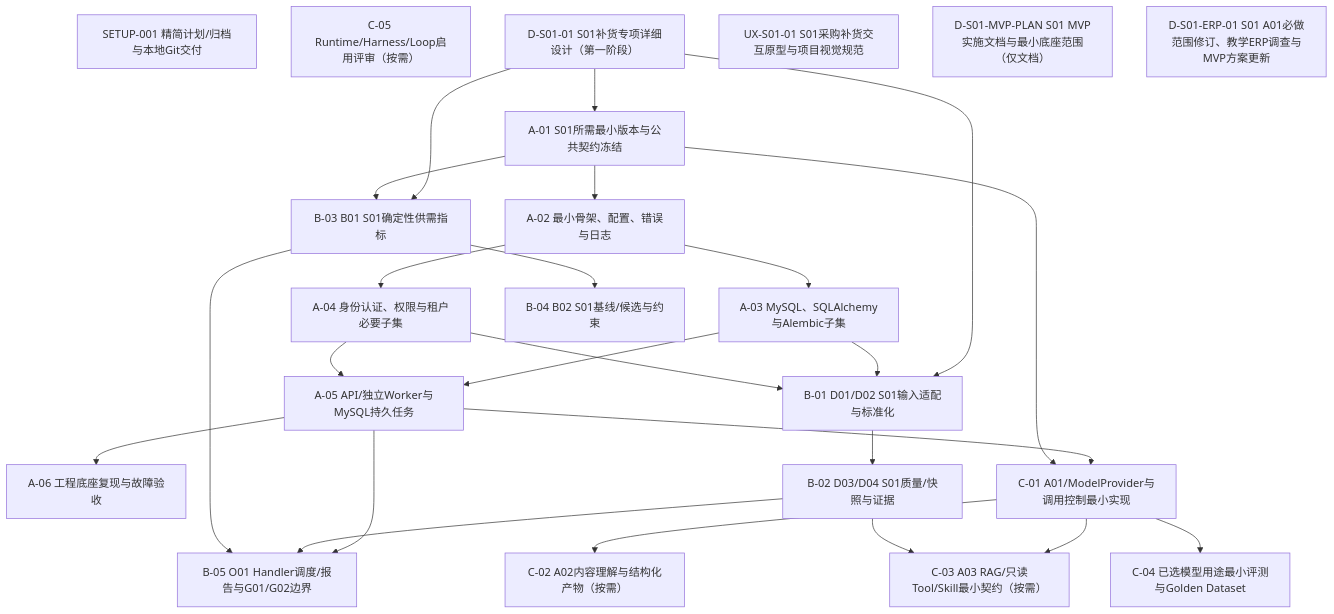
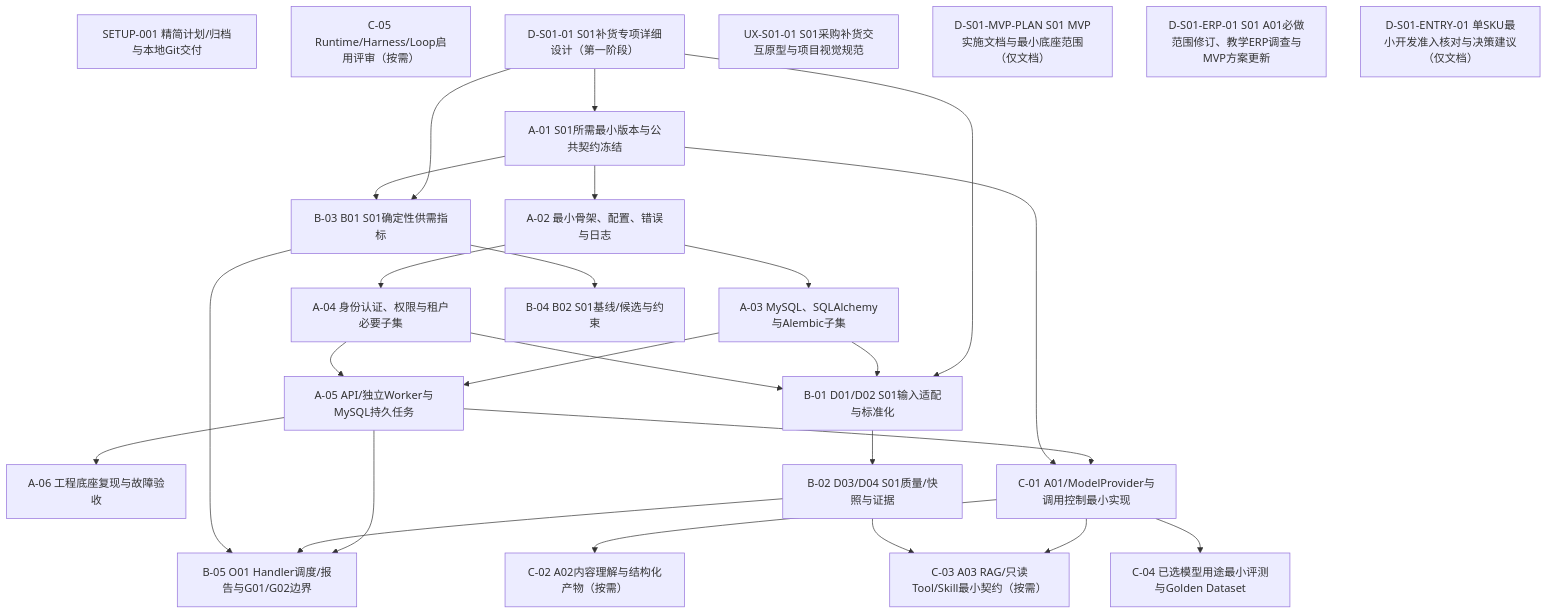
The diagram in docs/generated/DEPENDENCIES.mmd (yujie-213/cross-border-ecommerce-ai-platform), drawn with Mermaid before and after one commit. The commit also changed 4 other files, not shown here.

```diff
--- a/docs/generated/DEPENDENCIES.mmd
+++ b/docs/generated/DEPENDENCIES.mmd
@@ -1,46 +1,47 @@
-%% TASKS sourceSha256=cf7149ba76b72c6c36f360f30022b118faf5484c882cbe0981d3c8810150135b
+%% TASKS sourceSha256=987f617eee8c55e47d89e2b28c9fc53c9ecea252b73dc07ffbea53493033fb16
 flowchart TB
   SETUP_001["SETUP-001 精简计划/归档与本地Git交付"]
   A_01["A-01 S01所需最小版本与公共契约冻结"]
   A_02["A-02 最小骨架、配置、错误与日志"]
   A_03["A-03 MySQL、SQLAlchemy与Alembic子集"]
   A_04["A-04 身份认证、权限与租户必要子集"]
   A_05["A-05 API/独立Worker与MySQL持久任务"]
   A_06["A-06 工程底座复现与故障验收"]
   B_01["B-01 D01/D02 S01输入适配与标准化"]
   B_02["B-02 D03/D04 S01质量/快照与证据"]
   B_03["B-03 B01 S01确定性供需指标"]
   B_04["B-04 B02 S01基线/候选与约束"]
   B_05["B-05 O01 Handler调度/报告与G01/G02边界"]
   C_01["C-01 A01/ModelProvider与调用控制最小实现"]
   C_02["C-02 A02内容理解与结构化产物（按需）"]
   C_03["C-03 A03 RAG/只读Tool/Skill最小契约（按需）"]
   C_04["C-04 已选模型用途最小评测与Golden Dataset"]
   C_05["C-05 Runtime/Harness/Loop启用评审（按需）"]
   D_S01_01["D-S01-01 S01补货专项详细设计（第一阶段）"]
   UX_S01_01["UX-S01-01 S01采购补货交互原型与项目视觉规范"]
   D_S01_MVP_PLAN["D-S01-MVP-PLAN S01 MVP实施文档与最小底座范围（仅文档）"]
   D_S01_ERP_01["D-S01-ERP-01 S01 A01必做范围修订、教学ERP调查与MVP方案更新"]
+  D_S01_ENTRY_01["D-S01-ENTRY-01 单SKU最小开发准入核对与决策建议（仅文档）"]
   D_S01_01 --> A_01
   A_01 --> A_02
   A_02 --> A_03
   A_02 --> A_04
   A_03 --> A_05
   A_04 --> A_05
   A_05 --> A_06
   D_S01_01 --> B_01
   A_03 --> B_01
   A_04 --> B_01
   B_01 --> B_02
   D_S01_01 --> B_03
   A_01 --> B_03
   B_03 --> B_04
   A_05 --> B_05
   B_02 --> B_05
   B_03 --> B_05
   A_05 --> C_01
   A_01 --> C_01
   C_01 --> C_02
   C_01 --> C_03
   B_02 --> C_03
   C_01 --> C_04
```
